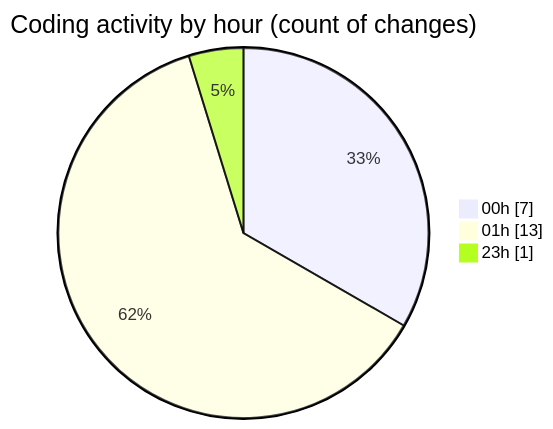
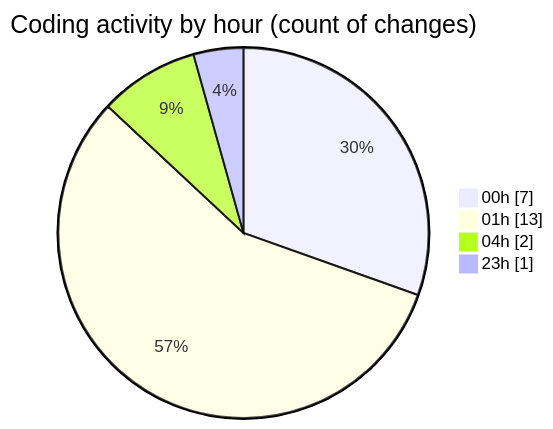
The second of 2 diagrams in 2025-07-11/fish/README.md (EIIisD/code-tracking), drawn with Mermaid before and after one commit. The commit also changed other lines of this file and 1 other file, not shown here.

````diff
--- a/2025-07-11/fish/README.md
+++ b/2025-07-11/fish/README.md
@@ -33,7 +33,8 @@
 ```mermaid
 pie showData
 title Coding activity by hour (count of changes)
 "00h" : 7
 "01h" : 13
+"04h" : 2
 "23h" : 1
 ```
````
